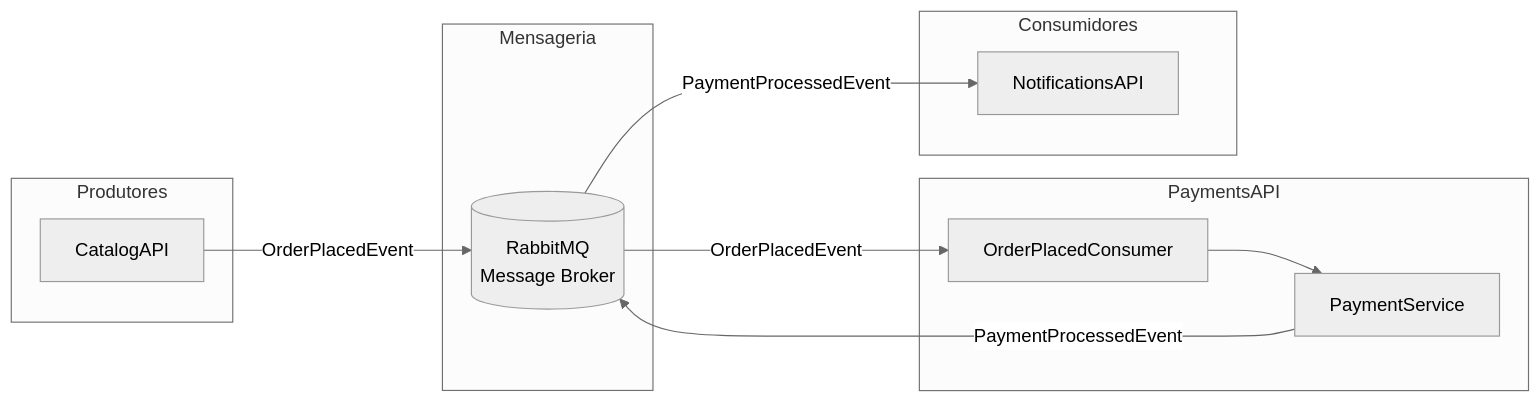
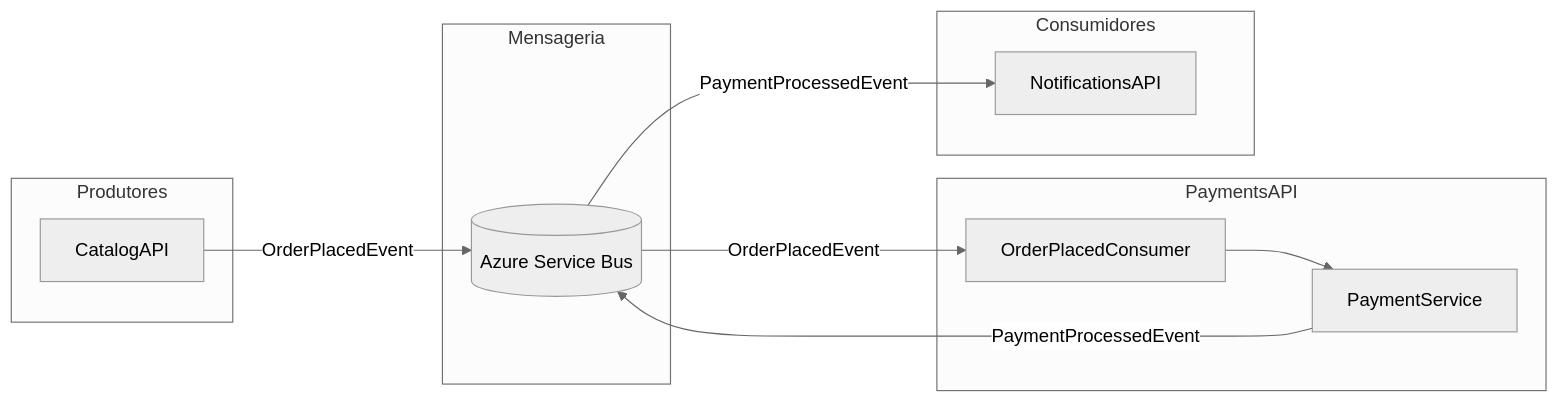
Before and after one commit to jeromelpedro/PaymentsAPI: the diagram in README.md, drawn with Mermaid (neutral theme). The commit also changed other lines of this file and 16 other files, not shown here.

Commit message:
migrate to service bus

````diff
--- a/README.md
+++ b/README.md
@@ -53,25 +53,25 @@
 ```mermaid
 flowchart LR
     subgraph Produtores
         A[CatalogAPI]
     end
 
     subgraph Mensageria
-        B[(RabbitMQ<br/>Message Broker)]
+      B[(Azure Service Bus)]
     end
 
     subgraph PaymentsAPI
         C[OrderPlacedConsumer]
         D[PaymentService]
     end
 
     subgraph Consumidores
         E[NotificationsAPI]
     end
 
     A -->|OrderPlacedEvent| B
     B -->|OrderPlacedEvent| C
     C --> D
     D -->|PaymentProcessedEvent| B
     B -->|PaymentProcessedEvent| E
 ```
````
